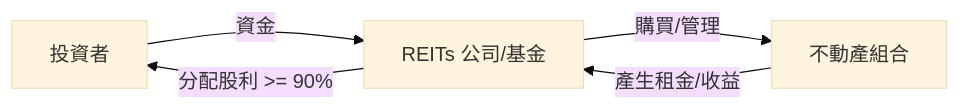
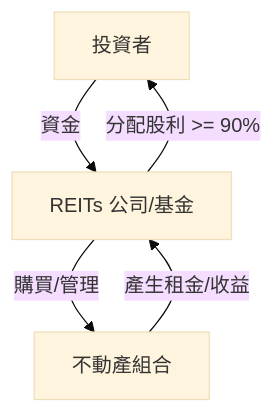
Before and after one commit to 0x2633/my-obsidian-vault: the diagram in 我獨自升級/BOS 價值投資/90-REITs/101-不動產投資信託(REITs).md, drawn with Mermaid (base theme). The commit also changed other lines of this file, not shown here.

Commit message:
vault backup: 2026-04-18 09:49:58

````diff
--- a/我獨自升級/BOS 價值投資/90-REITs/101-不動產投資信託(REITs).md
+++ b/我獨自升級/BOS 價值投資/90-REITs/101-不動產投資信託(REITs).md
@@ -11,7 +11,7 @@
 ```mermaid
-graph LR
+graph TD
     A[投資者] -- 資金 --> B[REITs 公司/基金]
     B -- 購買/管理 --> C[不動產組合]
     C -- 產生租金/收益 --> B
     B -- 分配股利 >= 90% --> A
 ```
````
